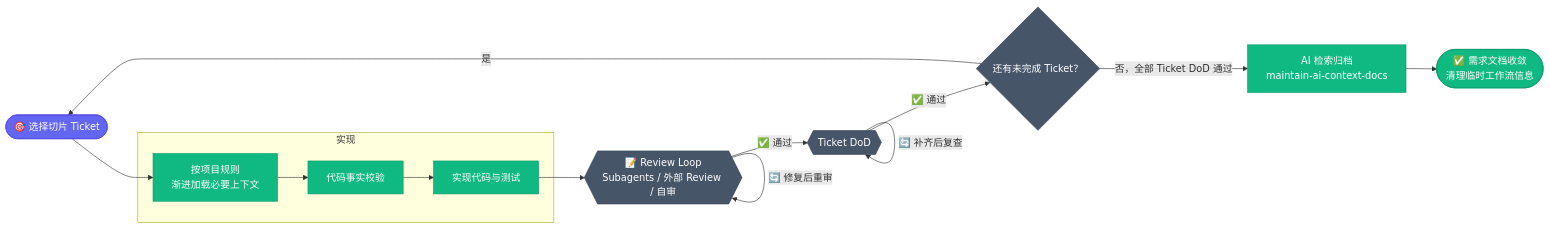
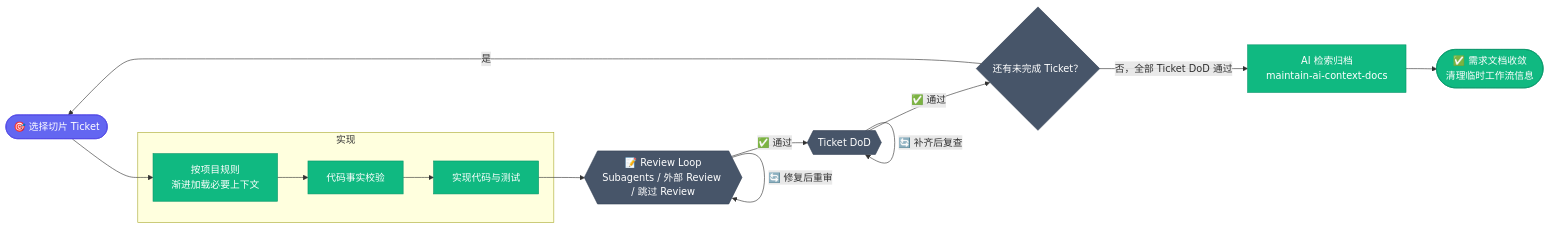
Before and after one commit to mofan212/codex-profile: the third of 3 diagrams in README.md, drawn with Mermaid. The commit also changed 2 other files, not shown here.

Commit message:
feat: 移除 Main Agent 自审并收紧 Review 策略

````diff
--- a/README.md
+++ b/README.md
@@ -137,36 +137,36 @@
 ```mermaid
 flowchart LR
     slice(["🎯 选择切片 Ticket"])
 
     subgraph impl ["实现"]
         locate["按项目规则\n渐进加载必要上下文"]
         verify["代码事实校验"]
         implement["实现代码与测试"]
     end
 
-    review{{"📝 Review Loop\nSubagents / 外部 Review / 自审"}}
+    review{{"📝 Review Loop\nSubagents / 外部 Review / 跳过 Review"}}
     dod{{"Ticket DoD"}}
     more{"还有未完成 Ticket？"}
     archive["AI 检索归档\nmaintain-ai-context-docs"]
     converge(["✅ 需求文档收敛\n清理临时工作流信息"])
 
     slice --> locate --> verify --> implement
     implement --> review
     review -->|"✅ 通过"| dod
     dod -->|"🔄 补齐后复查"| dod
     dod -->|"✅ 通过"| more
     more -->|"是"| slice
     more -->|"否，全部 Ticket DoD 通过"| archive
     archive --> converge
     review -->|"🔄 修复后重审"| review
 
     style slice fill:#6366f1,color:#fff,stroke:#4f46e5
     style review fill:#475569,color:#fff,stroke:#334155
     style dod fill:#475569,color:#fff,stroke:#334155
     style more fill:#475569,color:#fff,stroke:#334155
     style archive fill:#10b981,color:#fff,stroke:#059669
     style converge fill:#10b981,color:#fff,stroke:#059669
     style locate fill:#10b981,color:#fff,stroke:#059669
     style verify fill:#10b981,color:#fff,stroke:#059669
     style implement fill:#10b981,color:#fff,stroke:#059669
 ```
````
